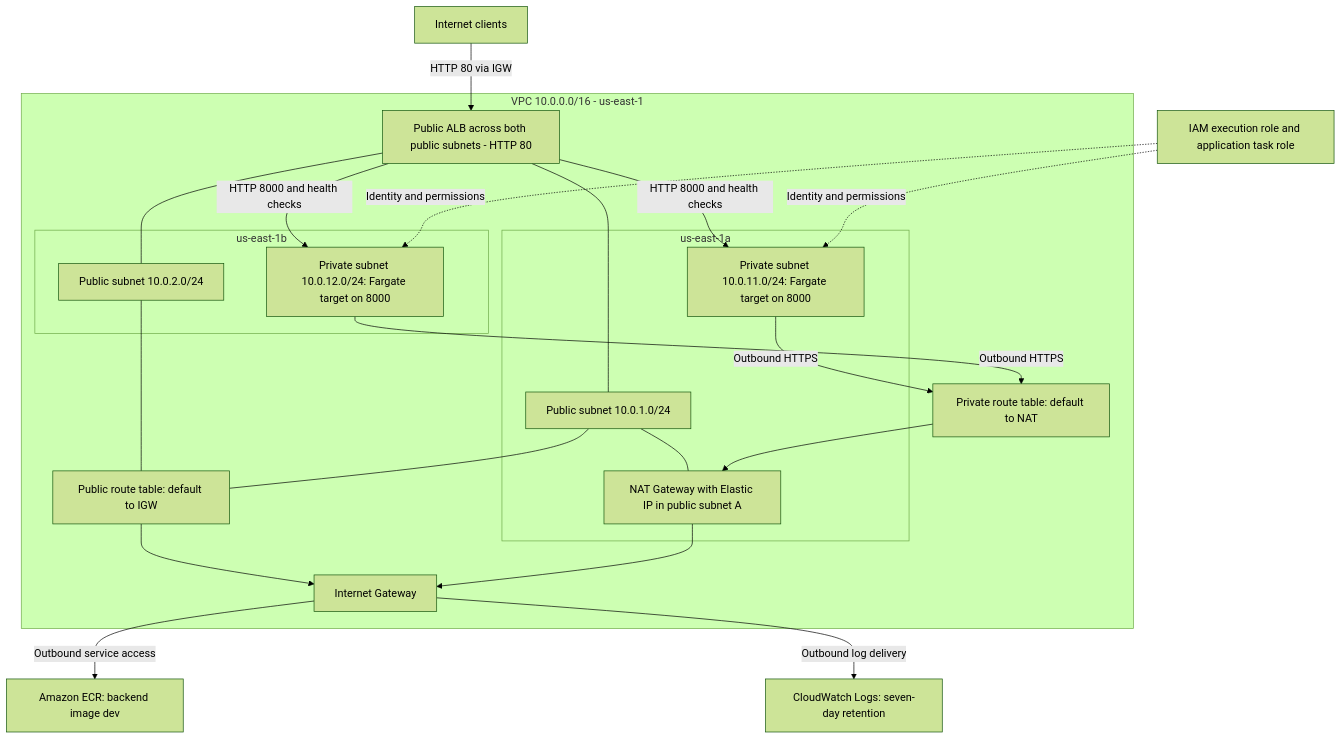
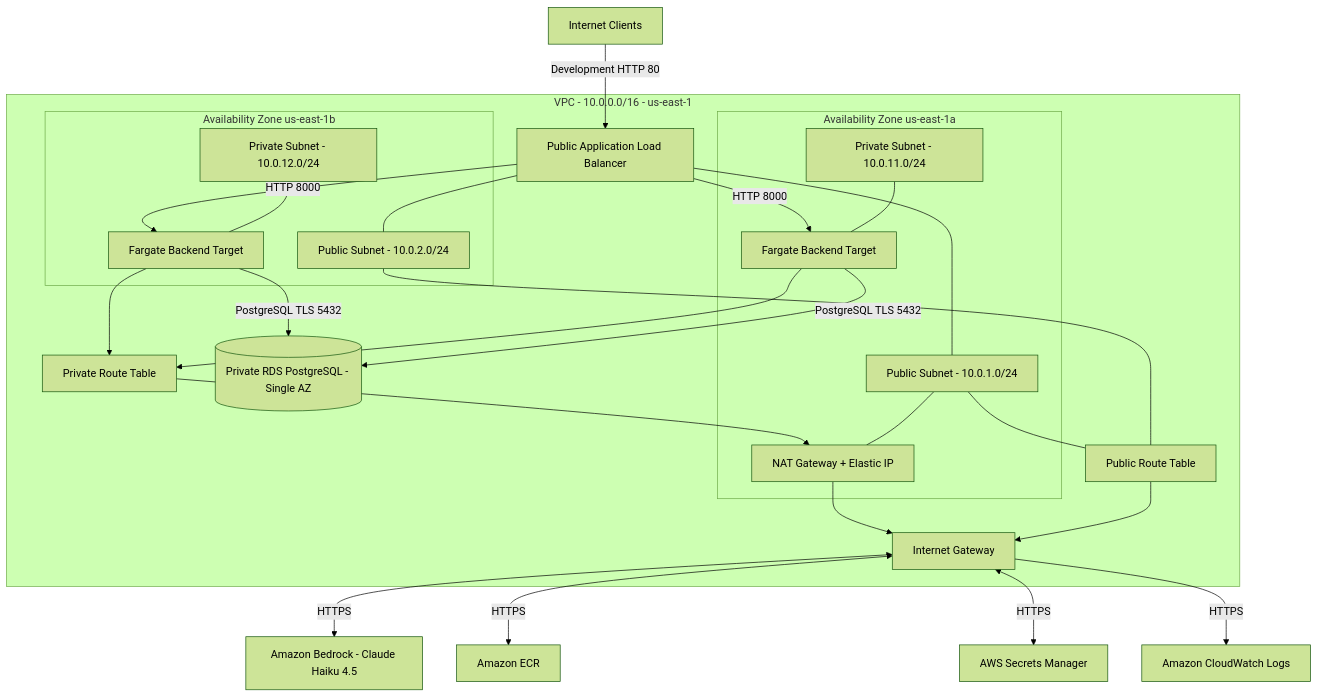
The diagram in docs/architecture.md (ALLWT255/banking-app), drawn with Mermaid (forest theme) before and after one commit. The commit also changed other lines of this file and 29 other files, not shown here.

Commit message:
feat: deploy secure banking API with RDS and Bedrock AI integration

````diff
--- a/docs/architecture.md
+++ b/docs/architecture.md
@@ -5,39 +13,59 @@
 ```mermaid
 flowchart TB
-    Internet["Internet clients"]
-    ECR["Amazon ECR: backend image dev"]
-    IAM["IAM execution role and application task role"]
-    Logs["CloudWatch Logs: seven-day retention"]
-    subgraph VPC["VPC 10.0.0.0/16 - us-east-1"]
+    Client["Internet Clients"]
+    ECR["Amazon ECR"]
+    Secrets["AWS Secrets Manager"]
+    Logs["Amazon CloudWatch Logs"]
+    Bedrock["Amazon Bedrock - Claude Haiku 4.5"]
+
+    subgraph VPC["VPC - 10.0.0.0/16 - us-east-1"]
         IGW["Internet Gateway"]
-        ALB["Public ALB across both public subnets - HTTP 80"]
-        PublicRT["Public route table: default to IGW"]
-        PrivateRT["Private route table: default to NAT"]
-        subgraph AZA["us-east-1a"]
-            PublicA["Public subnet 10.0.1.0/24"]
-            NAT["NAT Gateway with Elastic IP in public subnet A"]
-            TaskA["Private subnet 10.0.11.0/24: Fargate target on 8000"]
+        ALB["Public Application Load Balancer"]
+
+        subgraph AZA["Availability Zone us-east-1a"]
+            PublicA["Public Subnet - 10.0.1.0/24"]
+            NATA["NAT Gateway + Elastic IP"]
+            PrivateA["Private Subnet - 10.0.11.0/24"]
+            TaskA["Fargate Backend Target"]
         end
-        subgraph AZB["us-east-1b"]
-            PublicB["Public subnet 10.0.2.0/24"]
-            TaskB["Private subnet 10.0.12.0/24: Fargate target on 8000"]
+
+        subgraph AZB["Availability Zone us-east-1b"]
+            PublicB["Public Subnet - 10.0.2.0/24"]
+            PrivateB["Private Subnet - 10.0.12.0/24"]
+            TaskB["Fargate Backend Target"]
         end
+
+        RDS[("Private RDS PostgreSQL - Single AZ")]
+        PrivateRT["Private Route Table"]
+        PublicRT["Public Route Table"]
+
         ALB --- PublicA
         ALB --- PublicB
+
         PublicA --- PublicRT
         PublicB --- PublicRT
         PublicRT --> IGW
-        PublicA --- NAT
-        ALB -->|"HTTP 8000 and health checks"| TaskA
-        ALB -->|"HTTP 8000 and health checks"| TaskB
-        TaskA -->|"Outbound HTTPS"| PrivateRT
-        TaskB -->|"Outbound HTTPS"| PrivateRT
-        PrivateRT --> NAT
-        NAT --> IGW
+
+        PublicA --- NATA
+        PrivateA --- TaskA
+        PrivateB --- TaskB
+
+        ALB -->|HTTP 8000| TaskA
+        ALB -->|HTTP 8000| TaskB
+
+        TaskA -->|PostgreSQL TLS 5432| RDS
+        TaskB -->|PostgreSQL TLS 5432| RDS
+
+        TaskA --> PrivateRT
+        TaskB --> PrivateRT
+        PrivateRT --> NATA
+        NATA --> IGW
     end
-    Internet -->|"HTTP 80 via IGW"| ALB
-    IGW -->|"Outbound service access"| ECR
-    IGW -->|"Outbound log delivery"| Logs
-    IAM -.->|"Identity and permissions"| TaskA
-    IAM -.->|"Identity and permissions"| TaskB
+
+    Client -->|Development HTTP 80| ALB
+
+    IGW <-->|HTTPS| Bedrock
+    IGW <-->|HTTPS| ECR
+    IGW <-->|HTTPS| Secrets
+    IGW -->|HTTPS| Logs
 ```
````
